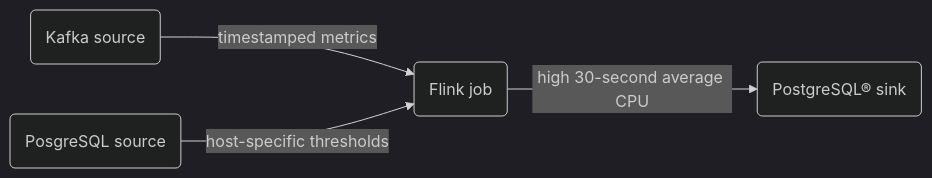
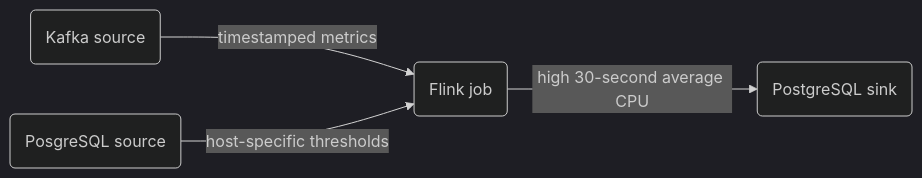
The fifth of 5 diagrams in docs/products/flink/howto/real-time-alerting-solution.rst (aiven/devportal), drawn with Mermaid (dark theme) before and after one commit. The commit also changed other lines of this file and 1 other file, not shown here.

Commit message:
Fixing warnings and mermaid graphs

```diff
--- a/docs/products/flink/howto/real-time-alerting-solution.rst
+++ b/docs/products/flink/howto/real-time-alerting-solution.rst
@@ -295,7 +296,7 @@
 .. mermaid::
 
     graph LR;
 
         id1(Kafka source)-- timestamped metrics -->id3(Flink job);
-		id2(PosgreSQL source)-- host-specific thresholds -->id3;
-        id3-- high 30-second average CPU -->id4(PostgreSQL® sink);
+		   id2(PosgreSQL source)-- host-specific thresholds -->id3;
+        id3-- high 30-second average CPU -->id4(PostgreSQL sink);
```
